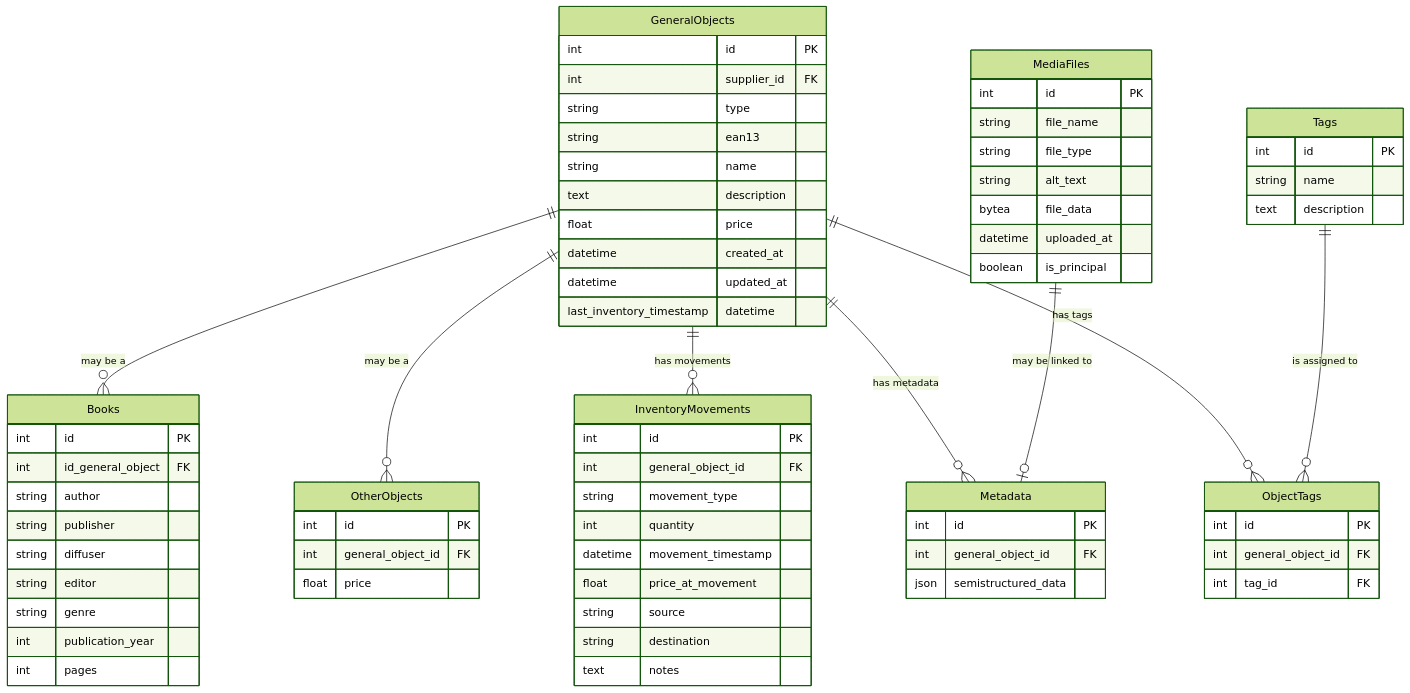
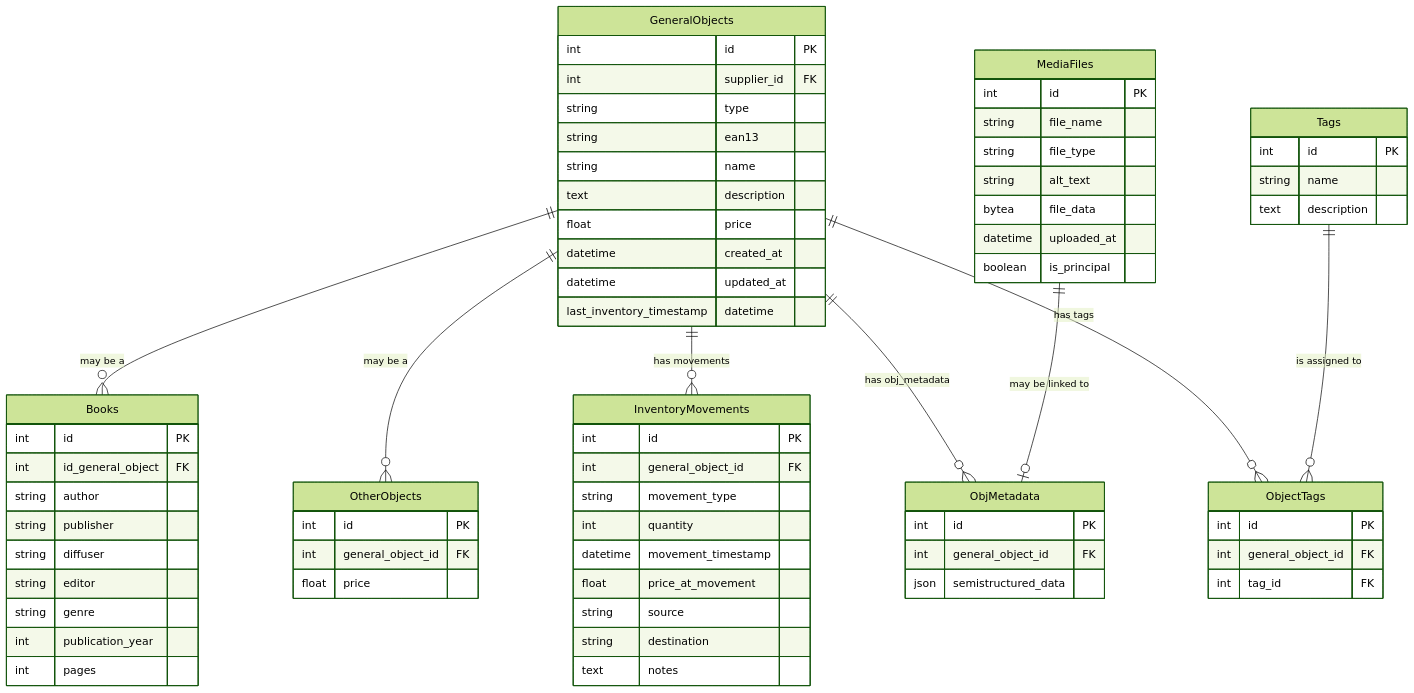
One commit to remiv1/sauvetage changed the diagram in documentations/databases/books_collection.md. Above: the diagram before and after it, drawn with Mermaid (forest theme). The commit also changed 10 other files, not shown here.

````diff
--- a/documentations/databases/books_collection.md
+++ b/documentations/databases/books_collection.md
@@ -3,74 +3,74 @@
 ```mermaid
 erDiagram
     GeneralObjects {
         int id PK
         int supplier_id FK
         string type
         string ean13
         string name
         text description
         float price
         datetime created_at
         datetime updated_at
         last_inventory_timestamp datetime
     }
     Books {
         int id PK
         int id_general_object FK
         string author
         string publisher
         string diffuser
         string editor
         string genre
         int publication_year
         int pages
     }
     OtherObjects {
         int id PK
         int general_object_id FK
         float price
     }
     InventoryMovements {
         int id PK
         int general_object_id FK
         string movement_type
         int quantity
         datetime movement_timestamp
         float price_at_movement
         string source
         string destination
         text notes
     }
     Tags {
         int id PK
         string name
         text description
     }
     ObjectTags {
         int id PK
         int general_object_id FK
         int tag_id FK
     }
-    Metadata {
+    ObjMetadata {
         int id PK
         int general_object_id FK
         json semistructured_data
     }
     MediaFiles {
         int id PK
         string file_name
         string file_type
         string alt_text
         bytea file_data
         datetime uploaded_at
         boolean is_principal
     }
     %% Relations
     GeneralObjects ||--o{ Books : "may be a"
     GeneralObjects ||--o{ OtherObjects : "may be a"
     GeneralObjects ||--o{ InventoryMovements : "has movements"
-    GeneralObjects ||--o{ Metadata : "has metadata"
-    MediaFiles ||--o| Metadata : "may be linked to"
+    GeneralObjects ||--o{ ObjMetadata : "has obj_metadata"
+    MediaFiles ||--o| ObjMetadata : "may be linked to"
     GeneralObjects ||--o{ ObjectTags : "has tags"
     Tags ||--o{ ObjectTags : "is assigned to"
 ```
````
